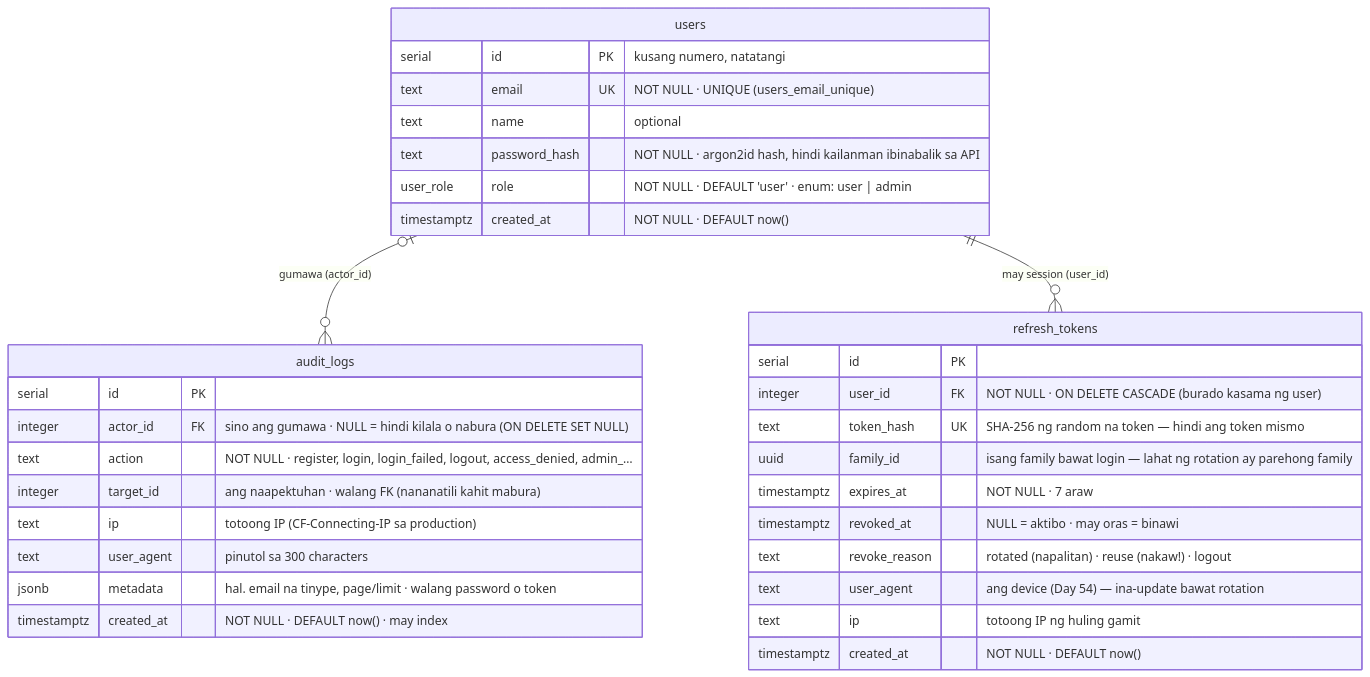
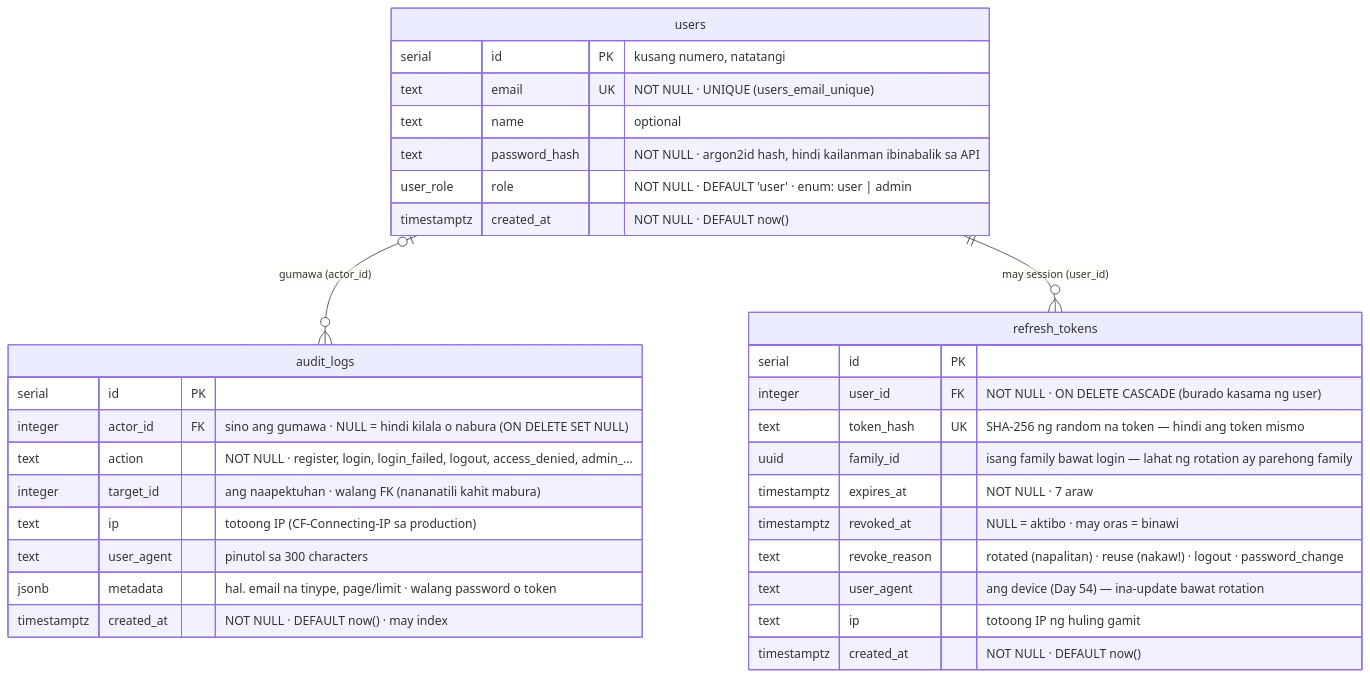
The first of 2 diagrams in docs/diagrams/02-er-diagram.md (nelson1869-ai/auth-learning), drawn with Mermaid before and after one commit. The commit also changed 19 other files, not shown here.

````diff
--- a/docs/diagrams/02-er-diagram.md
+++ b/docs/diagrams/02-er-diagram.md
@@ -13,35 +13,35 @@
 ```mermaid
 erDiagram
     users {
         serial id PK "kusang numero, natatangi"
         text email UK "NOT NULL · UNIQUE (users_email_unique)"
         text name "optional"
         text password_hash "NOT NULL · argon2id hash, hindi kailanman ibinabalik sa API"
         user_role role "NOT NULL · DEFAULT 'user' · enum: user | admin"
         timestamptz created_at "NOT NULL · DEFAULT now()"
     }
     audit_logs {
         serial id PK
         integer actor_id FK "sino ang gumawa · NULL = hindi kilala o nabura (ON DELETE SET NULL)"
         text action "NOT NULL · register, login, login_failed, logout, access_denied, admin_…"
         integer target_id "ang naapektuhan · walang FK (nananatili kahit mabura)"
         text ip "totoong IP (CF-Connecting-IP sa production)"
         text user_agent "pinutol sa 300 characters"
         jsonb metadata "hal. email na tinype, page/limit · walang password o token"
         timestamptz created_at "NOT NULL · DEFAULT now() · may index"
     }
     refresh_tokens {
         serial id PK
         integer user_id FK "NOT NULL · ON DELETE CASCADE (burado kasama ng user)"
         text token_hash UK "SHA-256 ng random na token — hindi ang token mismo"
         uuid family_id "isang family bawat login — lahat ng rotation ay parehong family"
         timestamptz expires_at "NOT NULL · 7 araw"
         timestamptz revoked_at "NULL = aktibo · may oras = binawi"
-        text revoke_reason "rotated (napalitan) · reuse (nakaw!) · logout"
+        text revoke_reason "rotated (napalitan) · reuse (nakaw!) · logout · password_change"
         text user_agent "ang device (Day 54) — ina-update bawat rotation"
         text ip "totoong IP ng huling gamit"
         timestamptz created_at "NOT NULL · DEFAULT now()"
     }
     users |o--o{ audit_logs : "gumawa (actor_id)"
     users ||--o{ refresh_tokens : "may session (user_id)"
 ```
````
